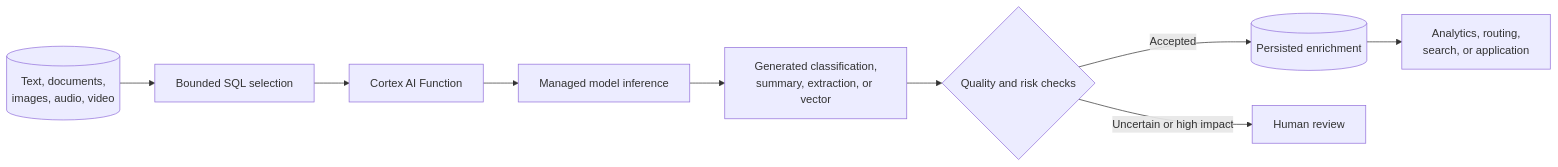
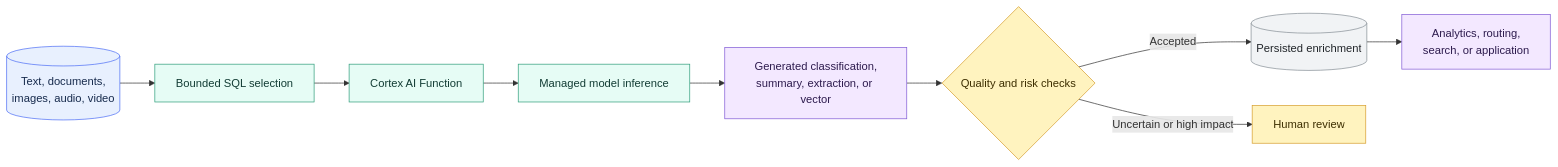
One commit to shonningsoy/Upskill changed the diagram in 01 Snowflake/05 Advanced Analytics and AI/33 Cortex AI Functions.md. Above: the diagram before and after it, drawn with Mermaid. The commit also changed other lines of this file and 12 other files, not shown here.

````diff
--- a/01 Snowflake/05 Advanced Analytics and AI/33 Cortex AI Functions.md
+++ b/01 Snowflake/05 Advanced Analytics and AI/33 Cortex AI Functions.md
@@ -76,11 +79,22 @@
 ```mermaid
 flowchart LR
     SRC[(Text, documents,<br/>images, audio, video)] --> BATCH[Bounded SQL selection]
     BATCH --> FUNC[Cortex AI Function]
     FUNC --> MODEL[Managed model inference]
     MODEL --> OUT[Generated classification,<br/>summary, extraction, or vector]
     OUT --> CHECK{Quality and risk checks}
     CHECK -->|Accepted| TABLE[(Persisted enrichment)]
     CHECK -->|Uncertain or high impact| HUMAN[Human review]
     TABLE --> BI[Analytics, routing,<br/>search, or application]
+
+    classDef input fill:#E8F0FE,stroke:#4C6EF5,color:#172B4D
+    classDef control fill:#FFF3BF,stroke:#D69E2E,color:#3D2E00
+    classDef snowflake fill:#E6FCF5,stroke:#2F9E7B,color:#123C34
+    classDef platform fill:#F1F3F5,stroke:#868E96,color:#212529
+    classDef output fill:#F3E8FF,stroke:#805AD5,color:#2D1B4E
+    class SRC input
+    class BATCH,FUNC,MODEL snowflake
+    class CHECK,HUMAN control
+    class TABLE platform
+    class OUT,BI output
 ```
````
